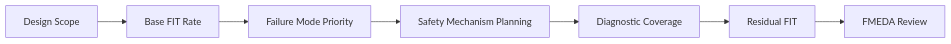
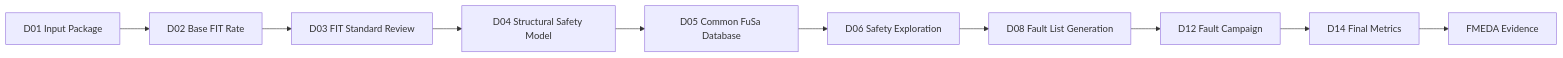
One commit to qiqixixi1001/automotive-safeic-practice changed the first of 4 diagrams in articles/02_automotive_safeic_practice_d02_github_en_generic.md. Above: the diagram before and after it, drawn with Mermaid. The commit also changed other lines of this file, not shown here.

````diff
--- a/articles/02_automotive_safeic_practice_d02_github_en_generic.md
+++ b/articles/02_automotive_safeic_practice_d02_github_en_generic.md
@@ -111,9 +98,12 @@
 ```mermaid
 flowchart LR
-    A[Design Scope] --> B[Base FIT Rate]
-    B --> C[Failure Mode Priority]
-    C --> D[Safety Mechanism Planning]
-    D --> E[Diagnostic Coverage]
-    E --> F[Residual FIT]
-    F --> G[FMEDA Review]
+    A[D01 Input Package] --> B[D02 Base FIT Rate]
+    B --> C[D03 FIT Standard Review]
+    C --> D[D04 Structural Safety Model]
+    D --> E[D05 Common FuSa Database]
+    E --> F[D06 Safety Exploration]
+    F --> G[D08 Fault List Generation]
+    G --> H[D12 Fault Campaign]
+    H --> I[D14 Final Metrics]
+    I --> J[FMEDA Evidence]
 ```
````
